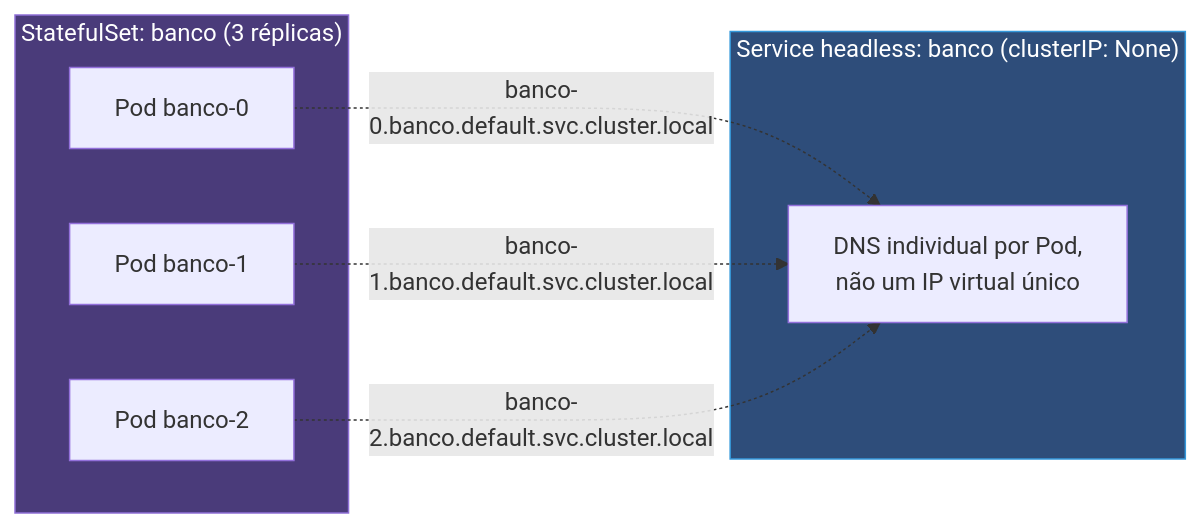
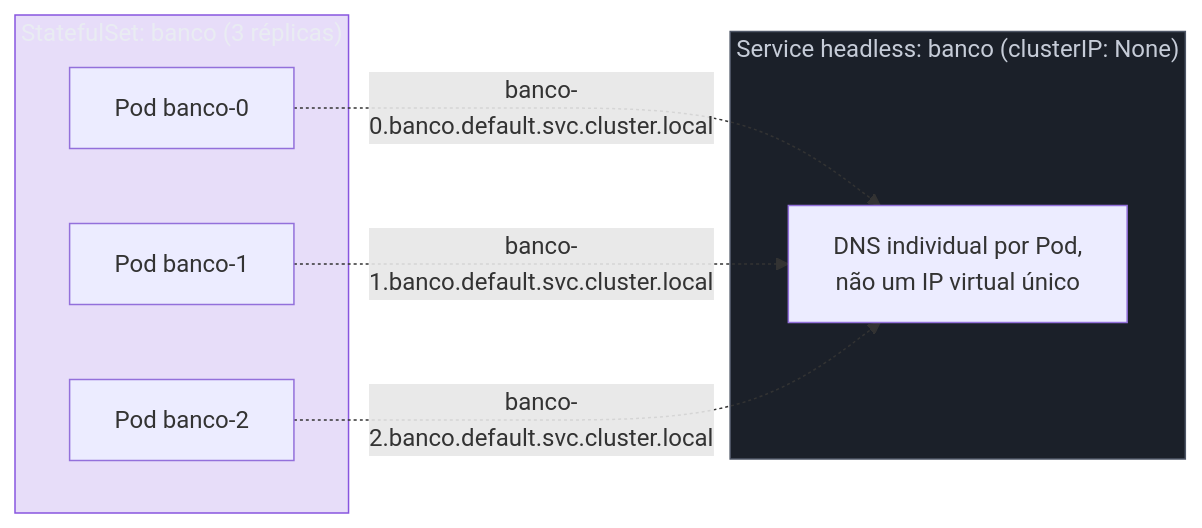
One commit to josenaldo/codex-technomanticus changed the first of 3 diagrams in 03-Dominios/Tecnologia/Infraestrutura/Kubernetes/10 - StatefulSet.md. Above: the diagram before and after it, drawn with Mermaid. The commit also changed other lines of this file and 1181 other files, not shown here.

First line of the commit message:
fix(diagramas): paleta do sistema no lugar de cor cravada no markdown

````diff
--- a/03-Dominios/Tecnologia/Infraestrutura/Kubernetes/10 - StatefulSet.md
+++ b/03-Dominios/Tecnologia/Infraestrutura/Kubernetes/10 - StatefulSet.md
@@ -41,19 +41,21 @@
 ```mermaid
 graph LR
+    classDef marca fill:#8855DF33,stroke:#8855DF,color:#E9ECF2
+    classDef neutro fill:#1B2029,stroke:#4E5666,color:#C6CCD8
     subgraph SS["StatefulSet: banco (3 réplicas)"]
         P0["Pod banco-0"]
         P1["Pod banco-1"]
         P2["Pod banco-2"]
     end
 
     subgraph HS["Service headless: banco (clusterIP: None)"]
         DNS["DNS individual por Pod,<br/>não um IP virtual único"]
     end
 
     P0 -.->|"banco-0.banco.default.svc.cluster.local"| DNS
     P1 -.->|"banco-1.banco.default.svc.cluster.local"| DNS
     P2 -.->|"banco-2.banco.default.svc.cluster.local"| DNS
 
-    style SS fill:#4a3b7a,stroke:#8e6fd6,color:#fff
-    style HS fill:#2e4d7a,stroke:#3498db,color:#fff
+    class SS marca
+    class HS neutro
 ```
````
